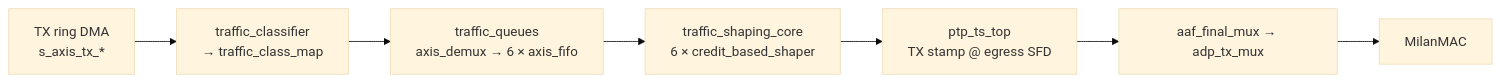
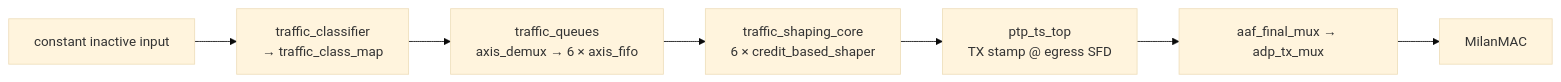
The second of 3 diagrams in docs/fpga/DATAPLANE_WALKTHROUGH.md (kebag-logic/milan-fpga), drawn with Mermaid (base theme) before and after one commit. The commit also changed other lines of this file and 377 other files, not shown here.

````diff
--- a/docs/fpga/DATAPLANE_WALKTHROUGH.md
+++ b/docs/fpga/DATAPLANE_WALKTHROUGH.md
@@ -112,9 +112,9 @@
 ```mermaid
 flowchart LR
-    TXDMA["TX ring DMA<br/>s_axis_tx_*"] --> CLS["traffic_classifier<br/>→ traffic_class_map"]
+    IDLE["constant inactive input"] --> CLS["traffic_classifier<br/>→ traffic_class_map"]
     CLS --> Q["traffic_queues<br/>axis_demux → 6 × axis_fifo"]
     Q --> CBS["traffic_shaping_core<br/>6 × credit_based_shaper"]
     CBS --> PTP["ptp_ts_top<br/>TX stamp @ egress SFD"]
     PTP --> AMUX["aaf_final_mux → adp_tx_mux"]
     AMUX --> MAC["MilanMAC"]
 ```
````
